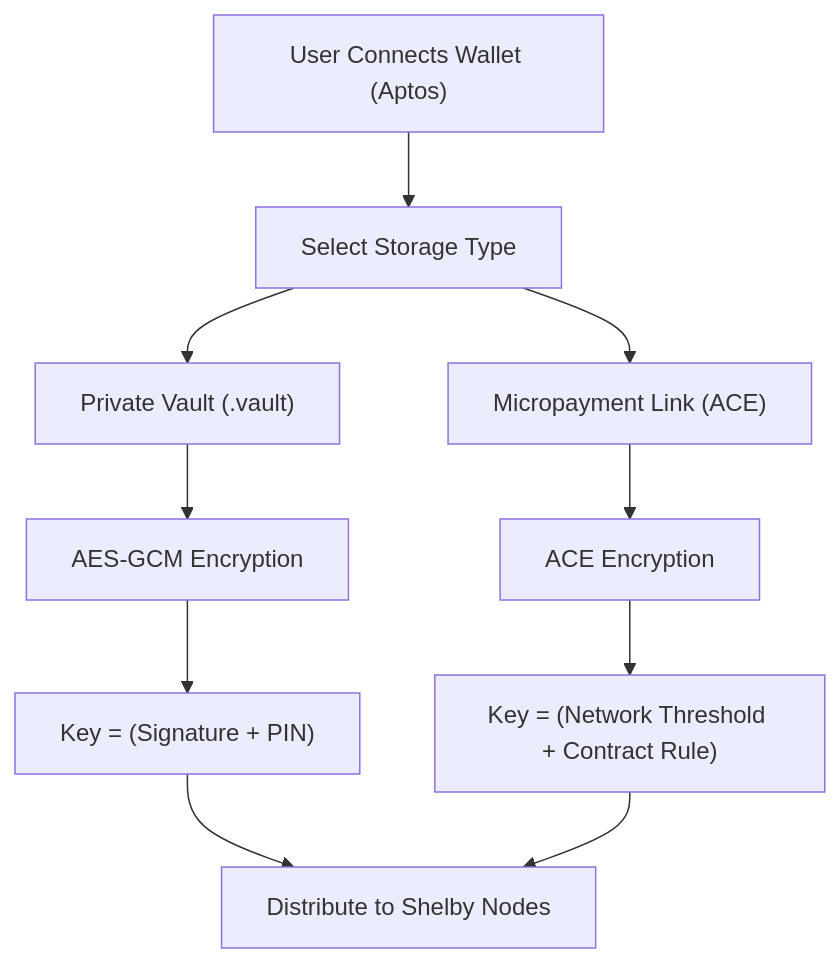
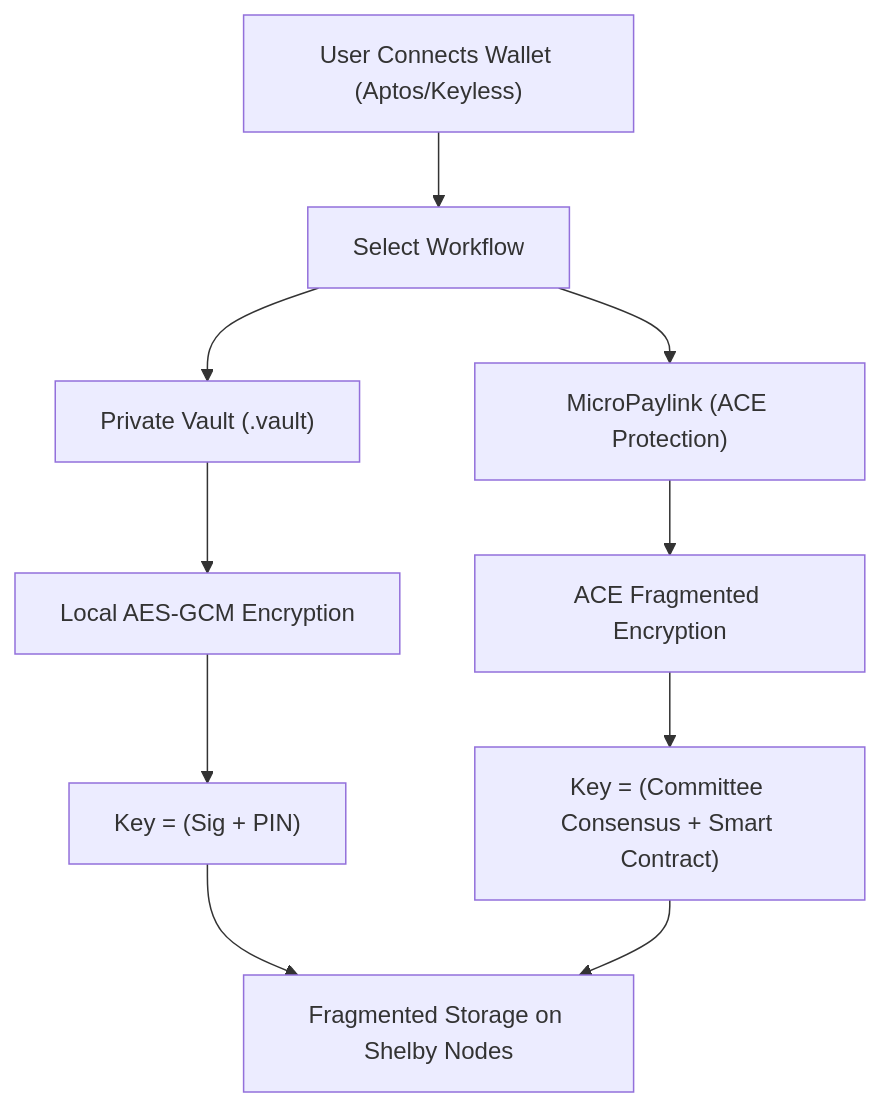
One commit to Zaynsky12/soobinvault changed the diagram in README.md. Above: the diagram before and after it, drawn with Mermaid. The commit also changed other lines of this file, not shown here.

Commit message:
Docs: Update README with MicroPaylink branding and Keyless support

````diff
--- a/README.md
+++ b/README.md
@@ -30,15 +36,15 @@
 ```mermaid
 graph TD
-    A["User Connects Wallet (Aptos)"] --> B["Select Storage Type"]
+    A["User Connects Wallet (Aptos/Keyless)"] --> B["Select Workflow"]
     B --> C1["Private Vault (.vault)"]
-    B --> C2["Micropayment Link (ACE)"]
+    B --> C2["MicroPaylink (ACE Protection)"]
     
-    C1 --> D1["AES-GCM Encryption"]
-    D1 --> E1["Key = (Signature + PIN)"]
+    C1 --> D1["Local AES-GCM Encryption"]
+    D1 --> E1["Key = (Sig + PIN)"]
     
-    C2 --> D2["ACE Encryption"]
-    D2 --> E2["Key = (Network Threshold + Contract Rule)"]
+    C2 --> D2["ACE Fragmented Encryption"]
+    D2 --> E2["Key = (Committee Consensus + Smart Contract)"]
     
-    E1 --> F["Distribute to Shelby Nodes"]
+    E1 --> F["Fragmented Storage on Shelby Nodes"]
     E2 --> F
 ```
````
